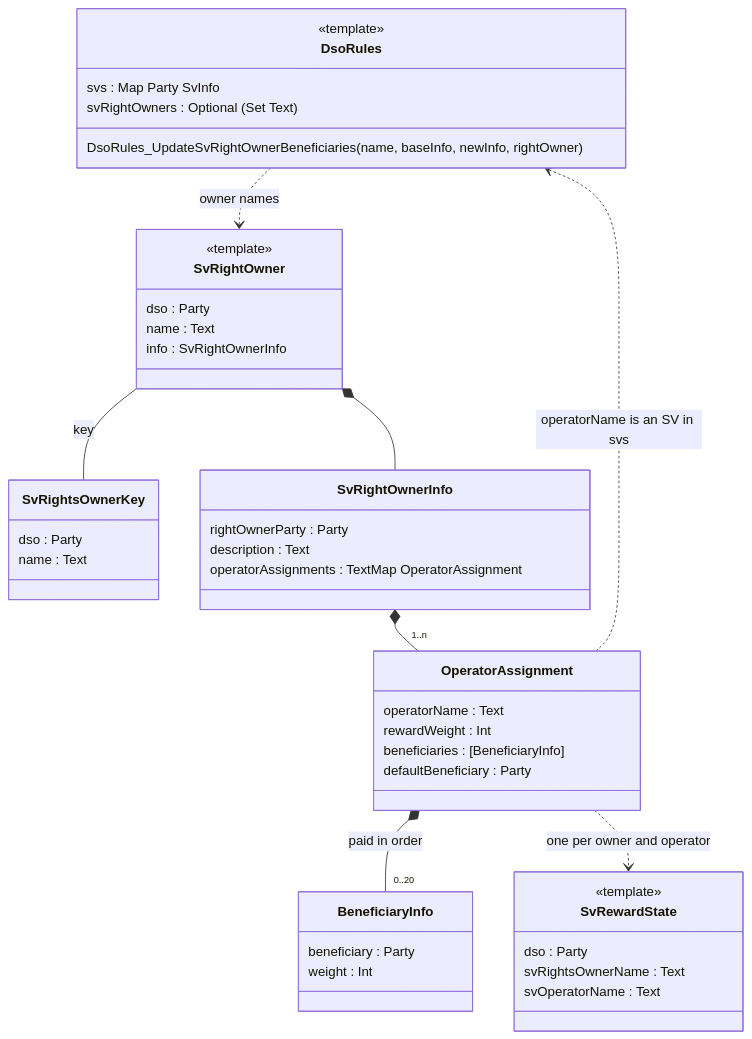
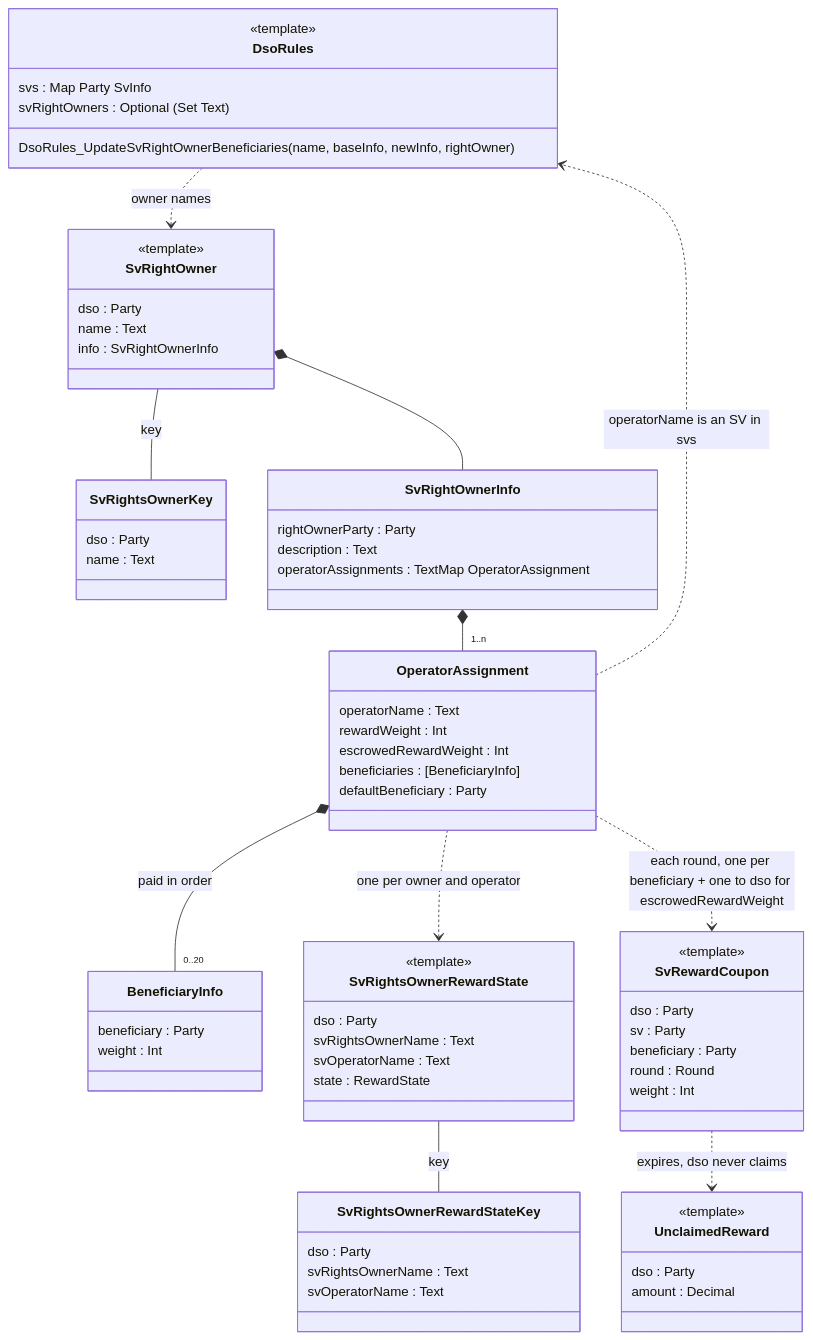
One commit to canton-network/splice changed the first of 2 diagrams in SV_RIGHTS_OWNERS_POC.md. Above: the diagram before and after it, drawn with Mermaid. The commit also changed other lines of this file and 3 other files, not shown here.

Commit message:
feat(sv-weights): add escrowed reward weight and a reward state keyed by owner and operator

````diff
--- a/SV_RIGHTS_OWNERS_POC.md
+++ b/SV_RIGHTS_OWNERS_POC.md
@@ -3,48 +3,71 @@
 ```mermaid
 classDiagram
     direction TB
     class DsoRules {
         <<template>>
         svs : Map Party SvInfo
         svRightOwners : Optional #40;Set Text#41;
         DsoRules_UpdateSvRightOwnerBeneficiaries(name, baseInfo, newInfo, rightOwner)
     }
     class SvRightOwner {
         <<template>>
         dso : Party
         name : Text
         info : SvRightOwnerInfo
     }
     class SvRightsOwnerKey {
         dso : Party
         name : Text
     }
     class SvRightOwnerInfo {
         rightOwnerParty : Party
         description : Text
         operatorAssignments : TextMap OperatorAssignment
     }
     class OperatorAssignment {
         operatorName : Text
         rewardWeight : Int
+        escrowedRewardWeight : Int
         beneficiaries : [BeneficiaryInfo]
         defaultBeneficiary : Party
     }
     class BeneficiaryInfo {
         beneficiary : Party
         weight : Int
     }
-    class SvRewardState {
+    class SvRewardCoupon {
         <<template>>
+        dso : Party
+        sv : Party
+        beneficiary : Party
+        round : Round
+        weight : Int
+    }
+    class UnclaimedReward {
+        <<template>>
+        dso : Party
+        amount : Decimal
+    }
+    class SvRightsOwnerRewardState {
+        <<template>>
+        dso : Party
+        svRightsOwnerName : Text
+        svOperatorName : Text
+        state : RewardState
+    }
+    class SvRightsOwnerRewardStateKey {
         dso : Party
         svRightsOwnerName : Text
         svOperatorName : Text
     }
     DsoRules ..> SvRightOwner : owner names
     SvRightOwner -- SvRightsOwnerKey : key
     SvRightOwner *-- SvRightOwnerInfo
     SvRightOwnerInfo *-- "1..n" OperatorAssignment
     OperatorAssignment *-- "0..20" BeneficiaryInfo : paid in order
     OperatorAssignment ..> DsoRules : operatorName is an SV in svs
-    OperatorAssignment ..> SvRewardState : one per owner and operator
+    OperatorAssignment ..> SvRightsOwnerRewardState : one per owner and operator
+    SvRightsOwnerRewardState -- SvRightsOwnerRewardStateKey : key
+    OperatorAssignment ..> SvRewardCoupon : each round, one per beneficiary + one to dso for escrowedRewardWeight
+    SvRewardCoupon ..> UnclaimedReward : expires, dso never claims
 ```
````
